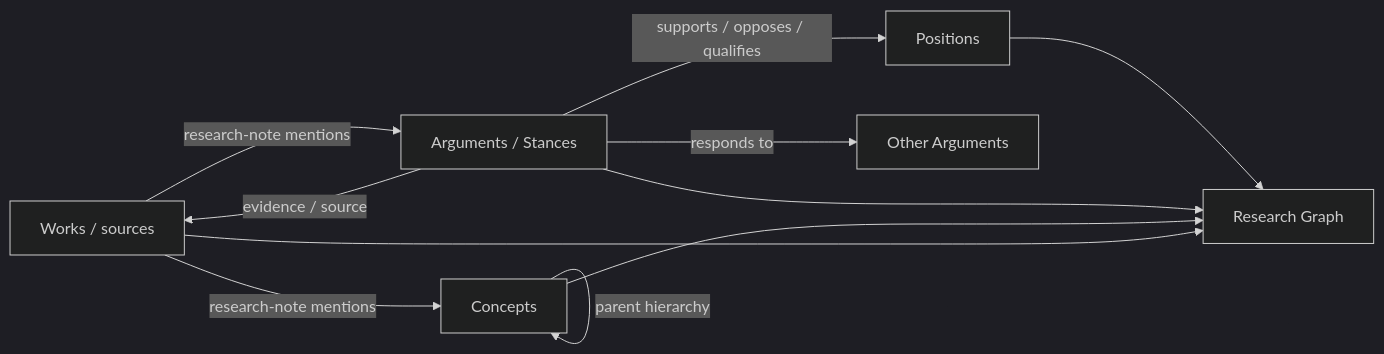
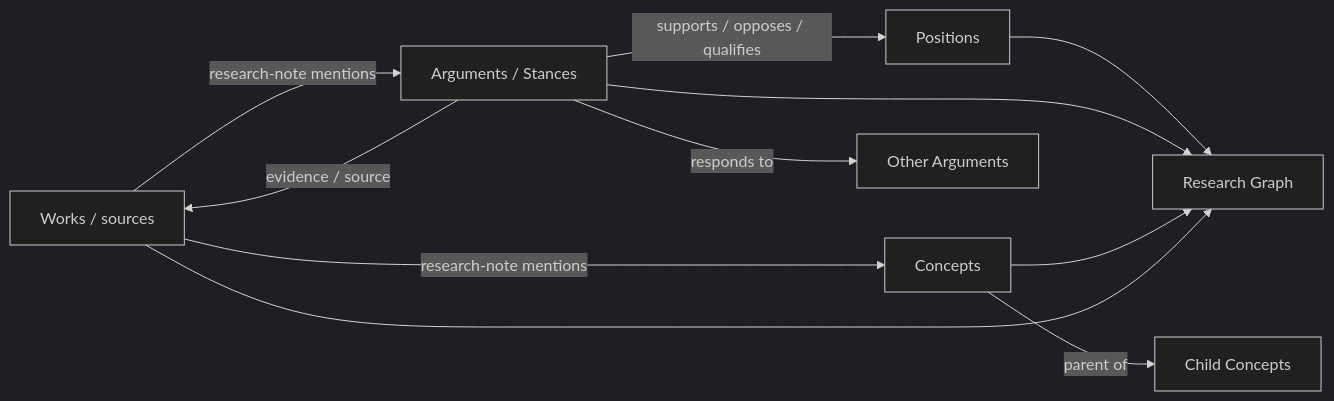
Before and after one commit to Fooftilly/PRKS: the diagram in docs/wiki/Research-Network.md, drawn with Mermaid (dark theme).

Commit message:
docs: align research-network diagram with schema
Split Work↔Argument edges into note mentions vs evidence/source,
replace the nonexistent Concept→Position link with concept hierarchy,
and show Main beside the Secondary tree rather than nesting splits under Main.

````diff
--- a/docs/wiki/Research-Network.md
+++ b/docs/wiki/Research-Network.md
@@ -5,13 +5,13 @@
 ```mermaid
 flowchart LR
     W[Works / sources] -->|research-note mentions| A[Arguments / Stances]
     A -->|evidence / source| W
     W -->|research-note mentions| C[Concepts]
-    C -->|parent hierarchy| C
+    C -->|parent of| C2[Child Concepts]
     A -->|supports / opposes / qualifies| P[Positions]
     A -->|responds to| A2[Other Arguments]
     P --> G[Research Graph]
     A --> G
     C --> G
     W --> G
 ```
````
